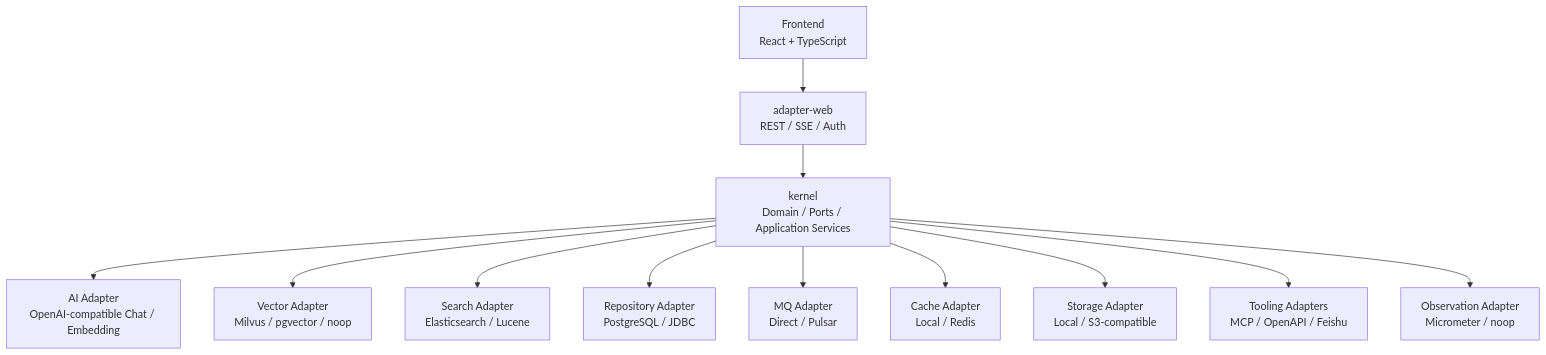
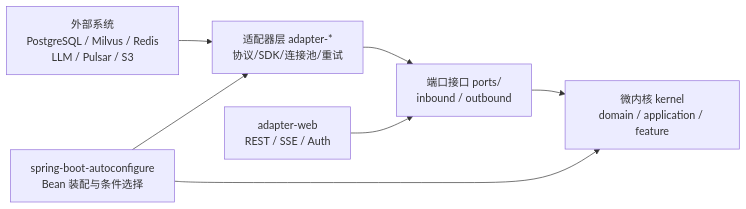
The second of 5 diagrams in README.md (onceMisery/seahorse-agent), drawn with Mermaid before and after one commit. The commit also changed other lines of this file and 1 other file, not shown here.

````diff
--- a/README.md
+++ b/README.md
@@ -30,15 +179,9 @@
 ```mermaid
-flowchart TB
-  FE["Frontend<br/>React + TypeScript"] --> WEB["adapter-web<br/>REST / SSE / Auth"]
-  WEB --> KERNEL["kernel<br/>Domain / Ports / Application Services"]
-
-  KERNEL --> AI["AI Adapter<br/>OpenAI-compatible Chat / Embedding"]
-  KERNEL --> VECTOR["Vector Adapter<br/>Milvus / pgvector / noop"]
-  KERNEL --> SEARCH["Search Adapter<br/>Elasticsearch / Lucene"]
-  KERNEL --> REPO["Repository Adapter<br/>PostgreSQL / JDBC"]
-  KERNEL --> MQ["MQ Adapter<br/>Direct / Pulsar"]
-  KERNEL --> CACHE["Cache Adapter<br/>Local / Redis"]
-  KERNEL --> STORAGE["Storage Adapter<br/>Local / S3-compatible"]
-  KERNEL --> TOOLING["Tooling Adapters<br/>MCP / OpenAPI / Feishu"]
-  KERNEL --> OBS["Observation Adapter<br/>Micrometer / noop"]
+flowchart LR
+    External["外部系统<br/>PostgreSQL / Milvus / Redis<br/>LLM / Pulsar / S3"] --> Adapter["适配器层 adapter-*<br/>协议/SDK/连接池/重试"]
+    Adapter --> Ports["端口接口 ports/<br/>inbound / outbound"]
+    Ports --> Kernel["微内核 kernel<br/>domain / application / feature"]
+    Web["adapter-web<br/>REST / SSE / Auth"] --> Ports
+    Starter["spring-boot-autoconfigure<br/>Bean 装配与条件选择"] --> Kernel
+    Starter --> Adapter
 ```
````
